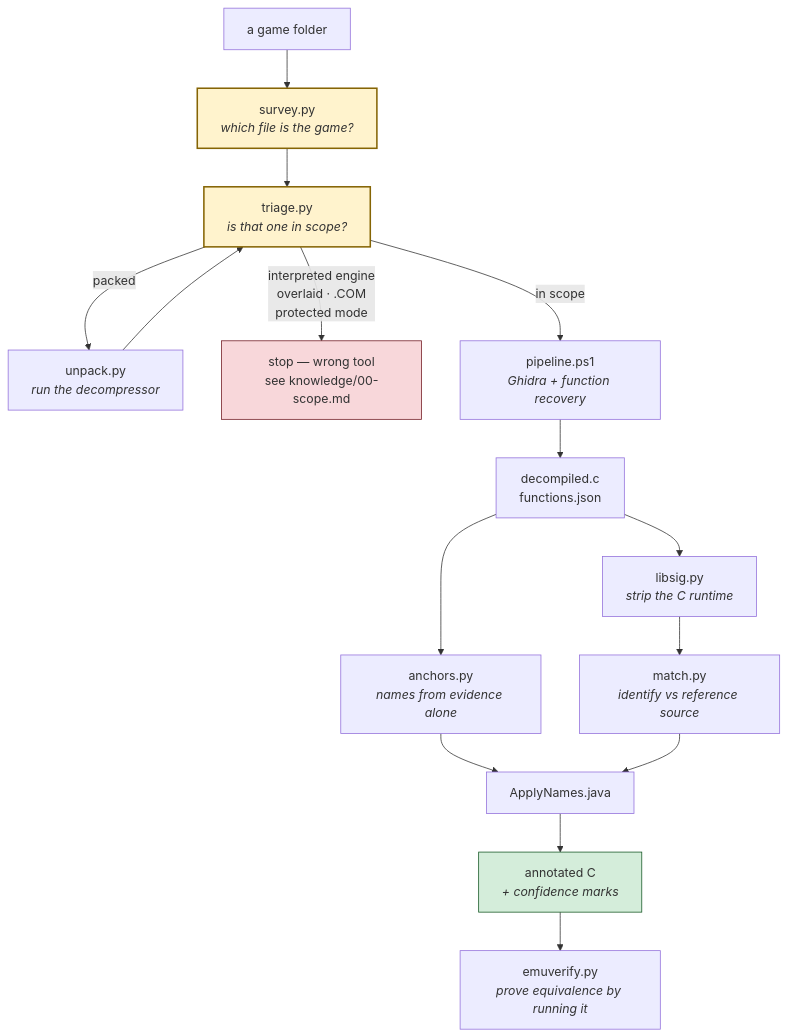
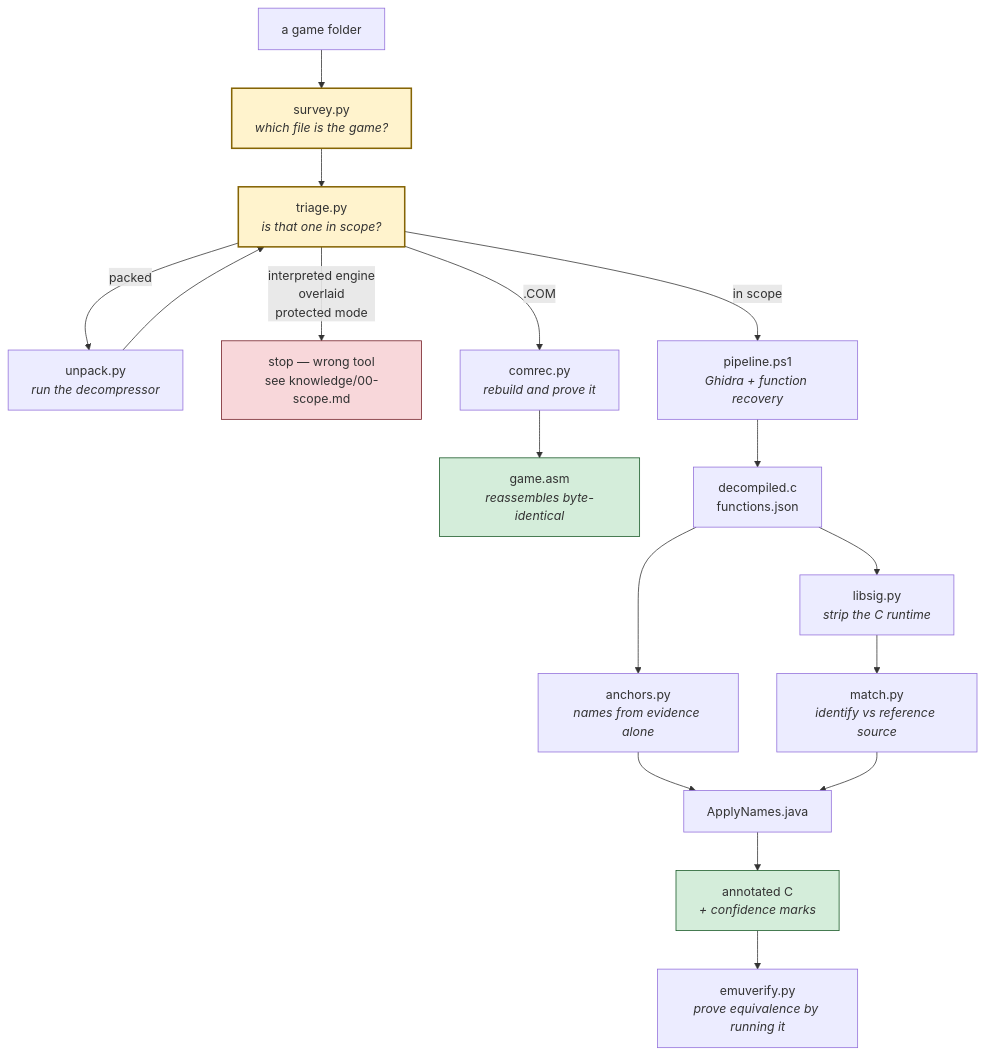
One commit to agunawijaya/dos-decompiler changed the first of 3 diagrams in README.md. Above: the diagram before and after it, drawn with Mermaid. The commit also changed other lines of this file and 12 other files, not shown here.

First line of the commit message:
Add the .COM route: reconstruct to byte-identical assembly

````diff
--- a/README.md
+++ b/README.md
@@ -73,22 +73,25 @@
 ```mermaid
 flowchart TD
     A["a game folder"] --> S["survey.py<br/><i>which file is the game?</i>"]
     S --> T["triage.py<br/><i>is that one in scope?</i>"]
     T -->|packed| U["unpack.py<br/><i>run the decompressor</i>"]
     U --> T
-    T -->|"interpreted engine<br/>overlaid · .COM<br/>protected mode"| X["stop — wrong tool<br/>see knowledge/00-scope.md"]
+    T -->|"interpreted engine<br/>overlaid<br/>protected mode"| X["stop — wrong tool<br/>see knowledge/00-scope.md"]
+    T -->|".COM"| C["comrec.py<br/><i>rebuild and prove it</i>"]
+    C --> CB["game.asm<br/><i>reassembles byte-identical</i>"]
     T -->|in scope| P["pipeline.ps1<br/><i>Ghidra + function recovery</i>"]
     P --> F["decompiled.c<br/>functions.json"]
     F --> AN["anchors.py<br/><i>names from evidence alone</i>"]
     F --> L["libsig.py<br/><i>strip the C runtime</i>"]
     L --> M["match.py<br/><i>identify vs reference source</i>"]
     AN --> AP["ApplyNames.java"]
     M --> AP
     AP --> R["annotated C<br/><i>+ confidence marks</i>"]
     R --> E["emuverify.py<br/><i>prove equivalence by running it</i>"]
 
     style S fill:#fff3cd,stroke:#856404,stroke-width:2px
     style T fill:#fff3cd,stroke:#856404,stroke-width:2px
     style X fill:#f8d7da,stroke:#721c24
     style R fill:#d4edda,stroke:#155724
+    style CB fill:#d4edda,stroke:#155724
 ```
````
